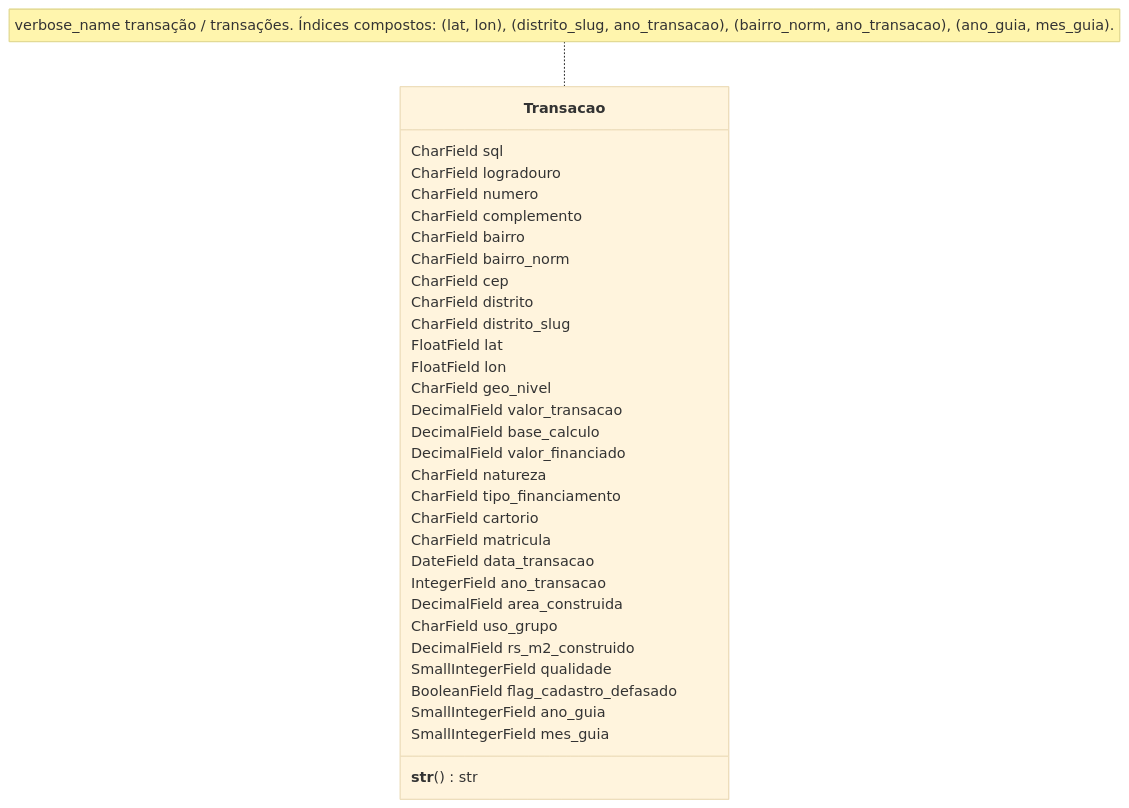
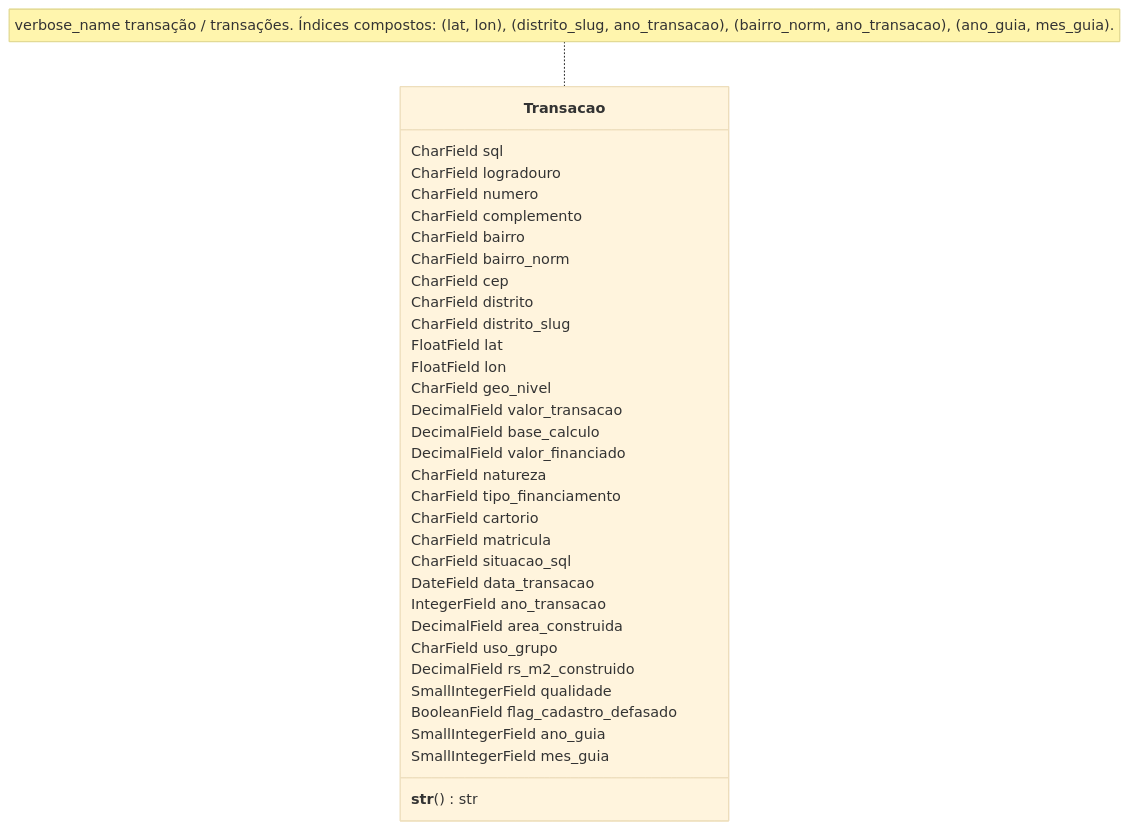
The sixth of 6 diagrams in docs/modelo-transacao.md (patrick-univesp/projeto-integrador-2-radarmoradiasp), drawn with Mermaid (base theme) before and after one commit. The commit also changed other lines of this file and 9 other files, not shown here.

````diff
--- a/docs/modelo-transacao.md
+++ b/docs/modelo-transacao.md
@@ -248,35 +259,36 @@
 ```mermaid
 classDiagram
     class Transacao {
         CharField sql
         CharField logradouro
         CharField numero
         CharField complemento
         CharField bairro
         CharField bairro_norm
         CharField cep
         CharField distrito
         CharField distrito_slug
         FloatField lat
         FloatField lon
         CharField geo_nivel
         DecimalField valor_transacao
         DecimalField base_calculo
         DecimalField valor_financiado
         CharField natureza
         CharField tipo_financiamento
         CharField cartorio
         CharField matricula
+        CharField situacao_sql
         DateField data_transacao
         IntegerField ano_transacao
         DecimalField area_construida
         CharField uso_grupo
         DecimalField rs_m2_construido
         SmallIntegerField qualidade
         BooleanField flag_cadastro_defasado
         SmallIntegerField ano_guia
         SmallIntegerField mes_guia
         __str__() str
     }
     note for Transacao "verbose_name transação / transações. Índices compostos: (lat, lon), (distrito_slug, ano_transacao), (bairro_norm, ano_transacao), (ano_guia, mes_guia)."
 ```
````
